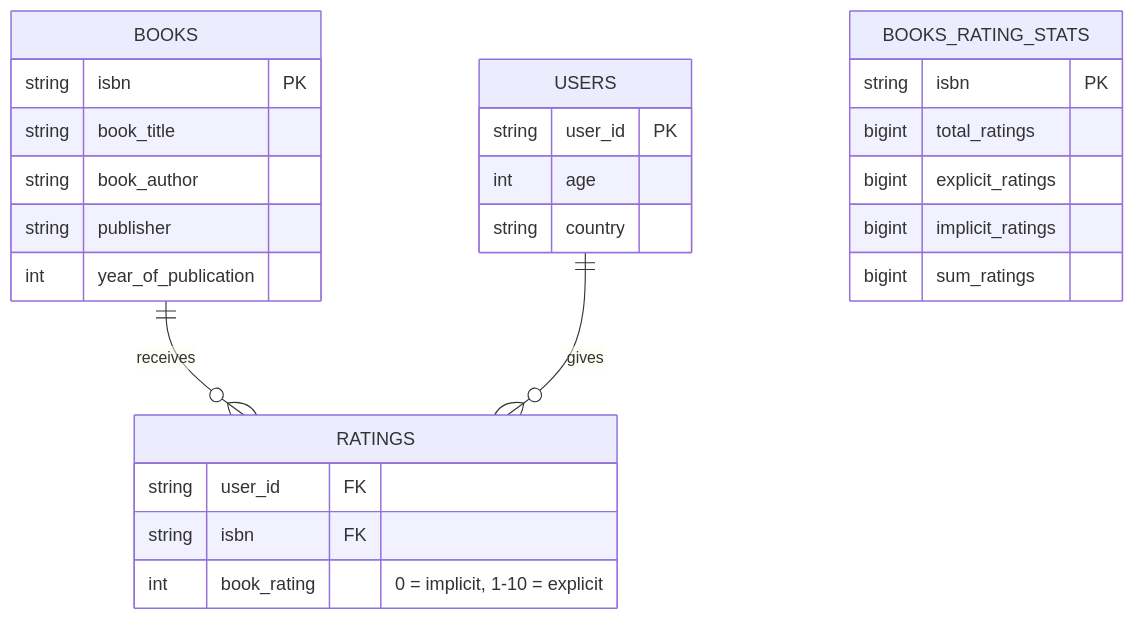
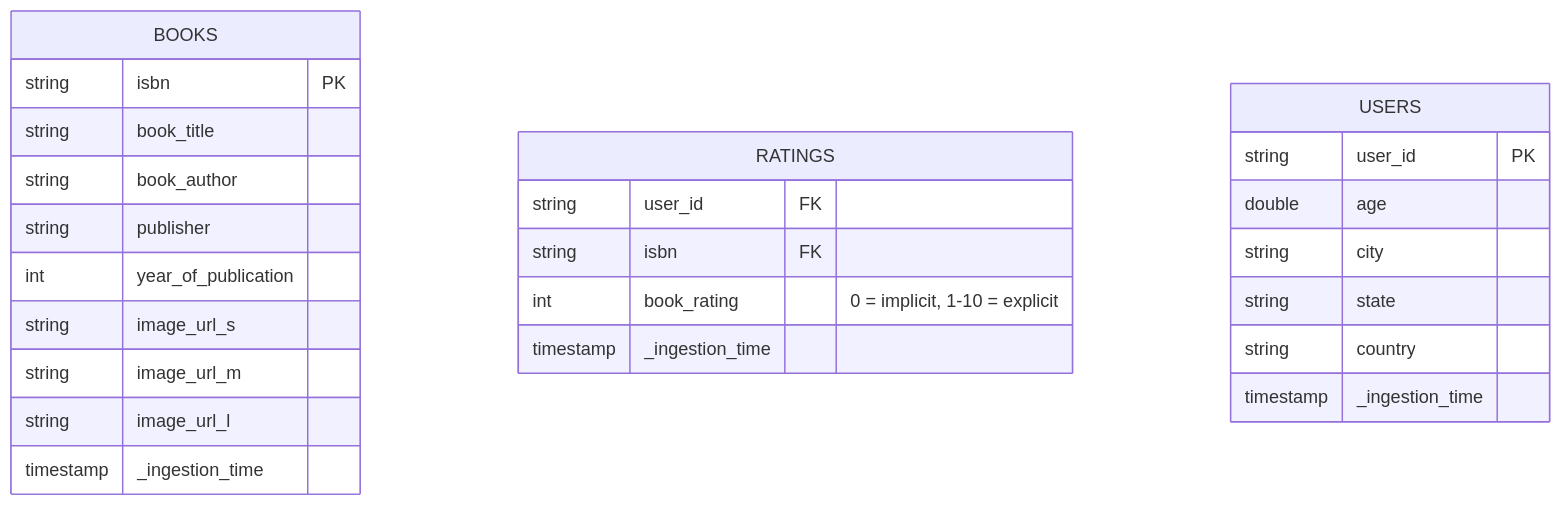
One commit to yharidy/books_dataset changed the third of 4 diagrams in README.md. Above: the diagram before and after it, drawn with Mermaid. The commit also changed other lines of this file and 8 other files, not shown here.

````diff
--- a/README.md
+++ b/README.md
@@ -143,30 +180,28 @@
 ```mermaid
 erDiagram
-    BOOKS ||--o{ RATINGS : "receives"
-    USERS ||--o{ RATINGS : "gives"
-
     BOOKS {
         string isbn PK
         string book_title
         string book_author
         string publisher
         int year_of_publication
+        string image_url_s
+        string image_url_m
+        string image_url_l
+        timestamp _ingestion_time
     }
     RATINGS {
         string user_id FK
         string isbn FK
         int book_rating "0 = implicit, 1-10 = explicit"
+        timestamp _ingestion_time
     }
     USERS {
         string user_id PK
-        int age
+        double age
+        string city
+        string state
         string country
-    }
-    BOOKS_RATING_STATS {
-        string isbn PK
-        bigint total_ratings
-        bigint explicit_ratings
-        bigint implicit_ratings
-        bigint sum_ratings
+        timestamp _ingestion_time
     }
 ```
````
